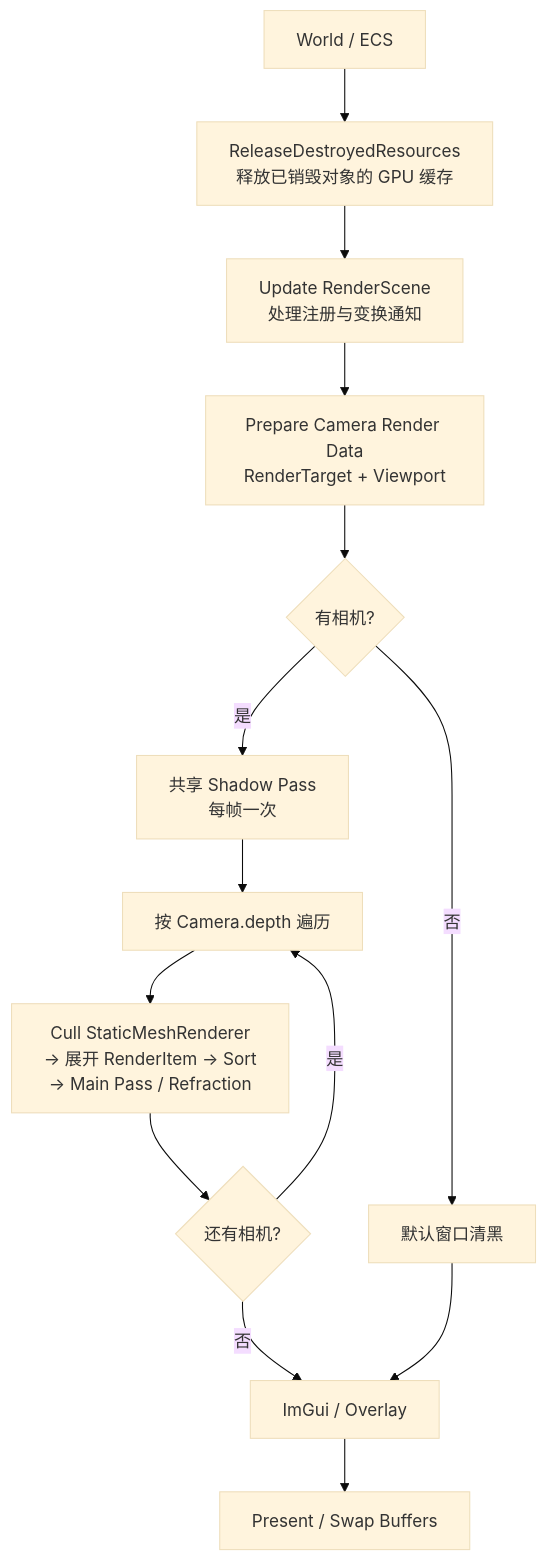
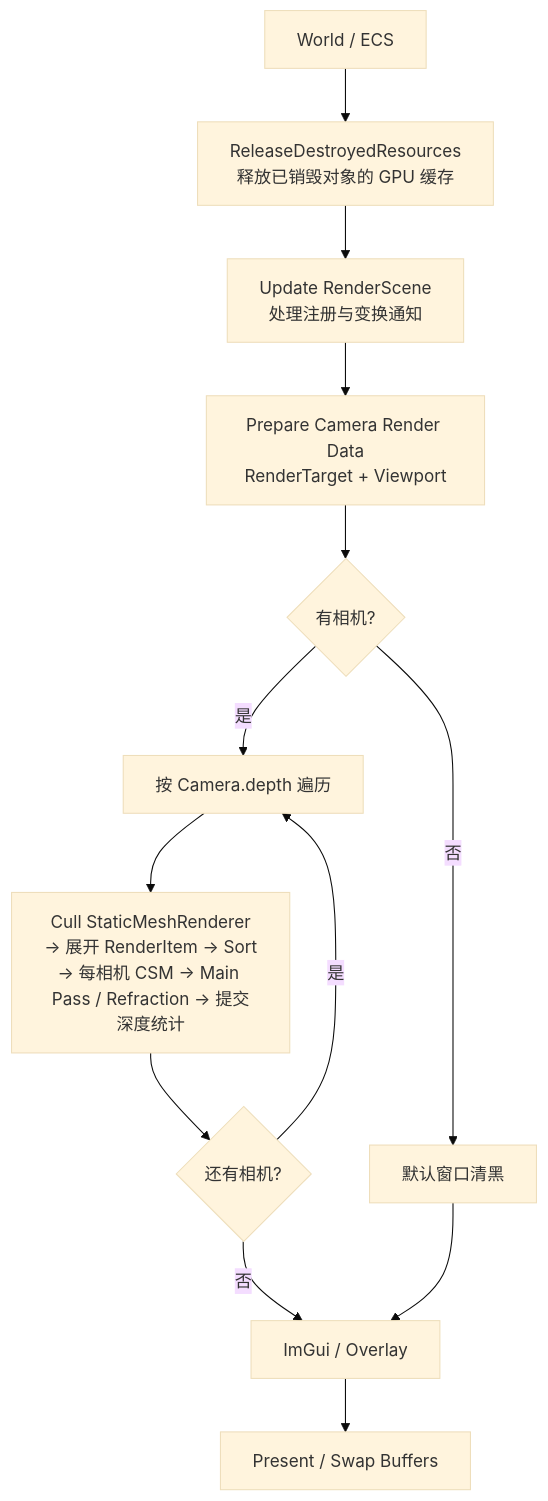
Before and after one commit to REW-Z/orbeden: the first of 2 diagrams in Docs/RenderingPipeline.md, drawn with Mermaid (base theme). The commit also changed other lines of this file and 55 other files, not shown here.

````diff
--- a/Docs/RenderingPipeline.md
+++ b/Docs/RenderingPipeline.md
@@ -20,16 +20,15 @@
 ```mermaid
 flowchart TD
     A["World / ECS"] --> B["ReleaseDestroyedResources\n释放已销毁对象的 GPU 缓存"]
     B --> C["Update RenderScene\n处理注册与变换通知"]
     C --> D["Prepare Camera Render Data\nRenderTarget + Viewport"]
     D --> E{"有相机?"}
     E -- 否 --> F["默认窗口清黑"]
-    E -- 是 --> G["共享 Shadow Pass\n每帧一次"]
-    G --> H["按 Camera.depth 遍历"]
-    H --> I["Cull StaticMeshRenderer\n→ 展开 RenderItem → Sort\n→ Main Pass / Refraction"]
+    E -- 是 --> H["按 Camera.depth 遍历"]
+    H --> I["Cull StaticMeshRenderer\n→ 展开 RenderItem → Sort\n→ 每相机 CSM → Main Pass / Refraction → 提交深度统计"]
     I --> J{"还有相机?"}
     J -- 是 --> H
     J -- 否 --> K["ImGui / Overlay"]
     F --> K
     K --> L["Present / Swap Buffers"]
 ```
````
